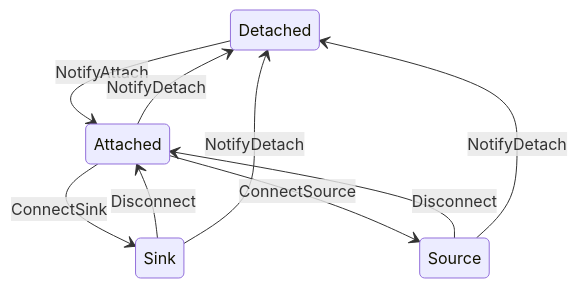
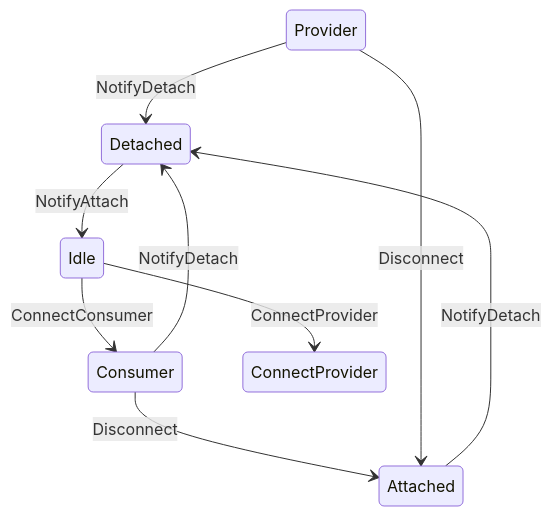
The diagram in docs/power-policy.md (zhuyi2024/embedded-services), drawn with Mermaid before and after one commit. The commit also changed other lines of this file and 8 other files, not shown here.

Commit message:
embedded-service/power/policy: Rename to consumer and provider

````diff
--- a/docs/power-policy.md
+++ b/docs/power-policy.md
@@ -15,11 +15,11 @@
 ```mermaid
 stateDiagram-v2
-    Detached --> Attached : NotifyAttach
-    Attached --> Sink : ConnectSink
-    Attached --> Source : ConnectSource
-    Sink --> Attached : Disconnect
-    Source --> Attached : Disconnect
-    Sink --> Detached : NotifyDetach
-    Source --> Detached : NotifyDetach
+    Detached --> Idle : NotifyAttach
+    Idle --> Consumer : ConnectConsumer
+    Idle --> ConnectProvider : ConnectProvider
+    Consumer --> Attached : Disconnect
+    Provider --> Attached : Disconnect
+    Consumer --> Detached : NotifyDetach
+    Provider --> Detached : NotifyDetach
     Attached --> Detached : NotifyDetach
 ```
````
